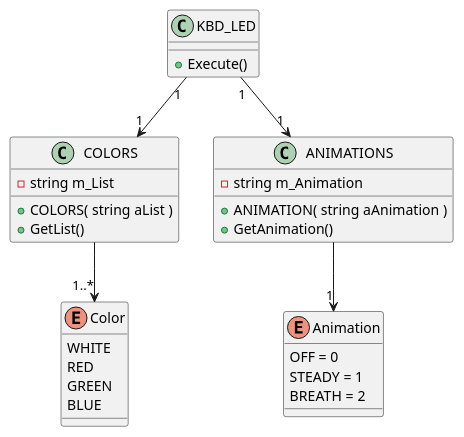
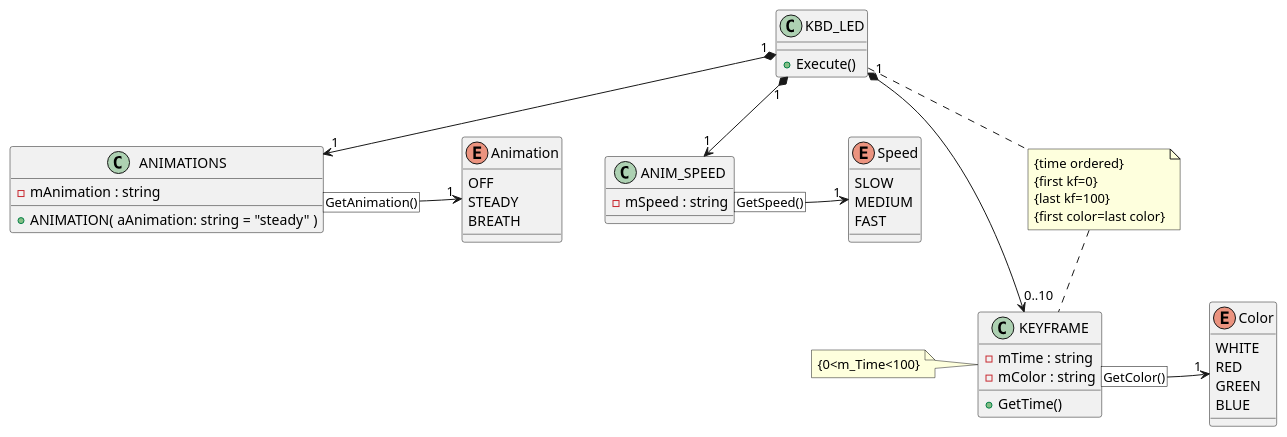
The diagram in docs/diagrams/src/class_diag.wsd (lulu731/keybd_led), drawn with PlantUML before and after one commit.

Commit message:
uml: update class diagram with SPEED and KEYFRAME classes

```diff
--- a/docs/diagrams/src/class_diag.wsd
+++ b/docs/diagrams/src/class_diag.wsd
@@ -1,42 +1,83 @@
 @startuml classes
     class KBD_LED
     {
         +Execute()
     }
 
     enum Color
     {
         WHITE
         RED
         GREEN
         BLUE
     }
 
-    class COLORS
+
+    /'class COLORS
     {
-        {field} -string m_List
-        +COLORS( string aList )
+        -m_List : string
+        +COLORS( aList : string )
         +GetList()
     }
-
-    COLORS --> "1..*" Color
-
+    note left of COLORS::aList
+        def="white"
+    end note
+    COLORS "1" ..> "1..*" Color'/
 
     class ANIMATIONS
     {
-        {field} -string m_Animation
-        +ANIMATION( string aAnimation )
-        +GetAnimation()
+        -mAnimation : string
+        +ANIMATION( aAnimation: string = "steady" )
+        '+GetAnimation()
     }
 
-    enum Animation
+        enum Animation
     {
-        OFF = 0
-        STEADY = 1
-        BREATH = 2
+        OFF
+        STEADY
+        BREATH
     }
 
-    KBD_LED "1" --> "1" COLORS
-    KBD_LED "1" --> "1" ANIMATIONS
-    ANIMATIONS --> "1" Animation
+    ANIMATIONS [GetAnimation()] -> "1" Animation
+
+    enum Speed
+    {
+        SLOW
+        MEDIUM
+        FAST
+    }
+
+    class ANIM_SPEED
+    {
+        -mSpeed : string
+        '+GetSpeed()
+    }
+
+    ANIM_SPEED [GetSpeed()] -> "1" Speed
+
+    class KEYFRAME
+    {
+        -mTime : string
+        -mColor : string
+        +GetTime()
+        '+GetColor()
+    }
+    note left :{0<m_Time<100}
+    note as N1
+        {time ordered}
+        {first kf=0}
+        {last kf=100}
+        {first color=last color}
+    end note
+
+    KEYFRAME [GetColor()] -> "1" Color
+
+    KBD_LED .. N1
+    N1 .. KEYFRAME
+
+    'KBD_LED "1" *--> "1" COLORS
+    KBD_LED "1" *--> "1" ANIMATIONS
+    KBD_LED "1" *--> "1" ANIM_SPEED
+    KBD_LED "1" *--> "0..10" KEYFRAME
+
 @enduml
```
